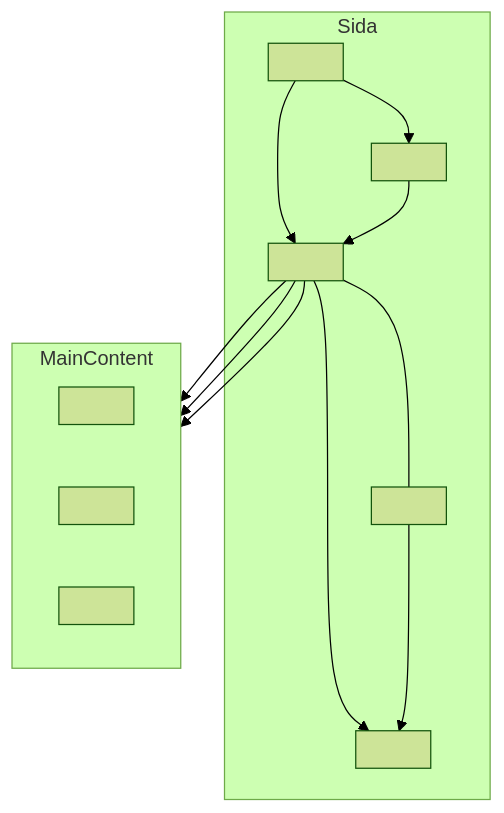
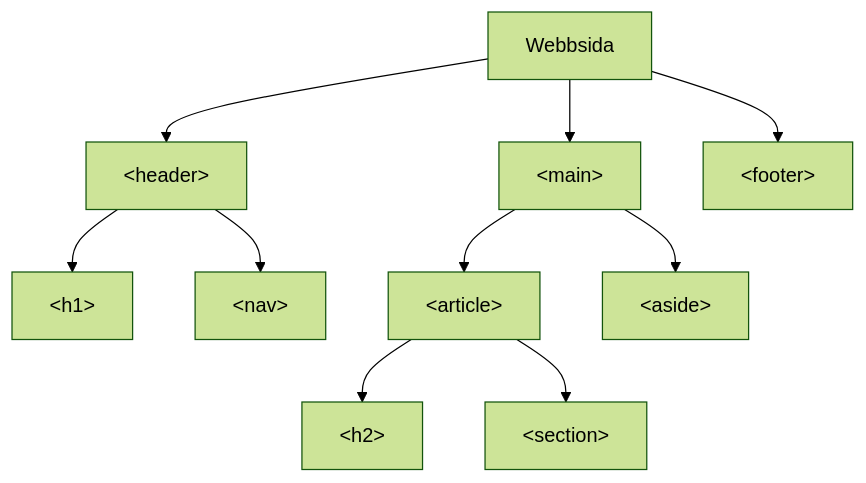
The diagram in src/kapitel_2/struktur-och-semantik.md (Glimakra-Webbutvecklare/kursbok), drawn with Mermaid (forest theme) before and after one commit. The commit also changed other lines of this file and 224 other files, not shown here.

````diff
--- a/src/kapitel_2/struktur-och-semantik.md
+++ b/src/kapitel_2/struktur-och-semantik.md
@@ -44,28 +11,12 @@
 ```mermaid
 graph TD
-    subgraph Sida
-    Header[<header>]
-    Nav[<nav>]
-    Main[<main>]
-    Aside[<aside>]
-    Footer[<footer>]
-
-    Header --> Nav
-    Header --> Main
-    Nav --> Main
-    Main --- Aside
-    Main --> Footer
-    Aside --> Footer
-    end
-
-    subgraph MainContent
-        direction LR
-        Section1[<section>]
-        Article1[<article>]
-        Section2[<section>]
-
-        Main --> Section1
-        Main --> Article1
-        Main --> Section2
-    end
+    Page["Webbsida"] --> Header["&lt;header&gt;"]
+    Header --> H1["&lt;h1&gt;"]
+    Header --> Nav["&lt;nav&gt;"]
+    Page --> Main["&lt;main&gt;"]
+    Main --> Article["&lt;article&gt;"]
+    Article --> H2["&lt;h2&gt;"]
+    Article --> Section["&lt;section&gt;"]
+    Main --> Aside["&lt;aside&gt;"]
+    Page --> Footer["&lt;footer&gt;"]
 ```
````
